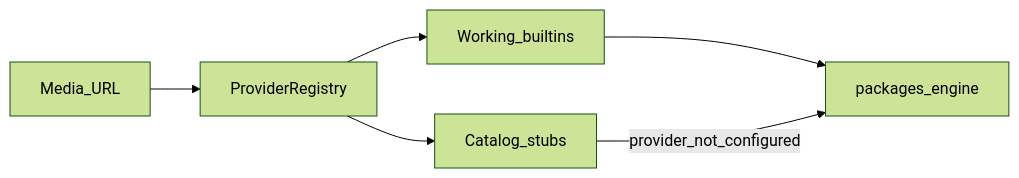
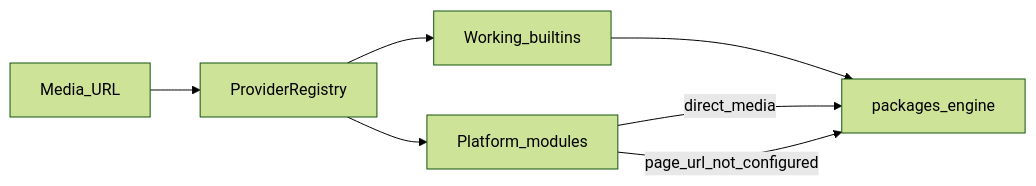
One commit to vannyakh/mediacore changed the diagram in docs/platforms/index.md. Above: the diagram before and after it, drawn with Mermaid (forest theme). The commit also changed other lines of this file and 4223 other files, not shown here.

````diff
--- a/docs/platforms/index.md
+++ b/docs/platforms/index.md
@@ -5,8 +5,9 @@
 ```mermaid
 flowchart LR
   URL[Media_URL] --> Registry[ProviderRegistry]
   Registry --> Working[Working_builtins]
-  Registry --> Stubs[Catalog_stubs]
+  Registry --> Modules[Platform_modules]
   Working --> Engine[packages_engine]
-  Stubs -->|provider_not_configured| Engine
+  Modules -->|direct_media| Engine
+  Modules -->|page_url_not_configured| Engine
 ```
````
